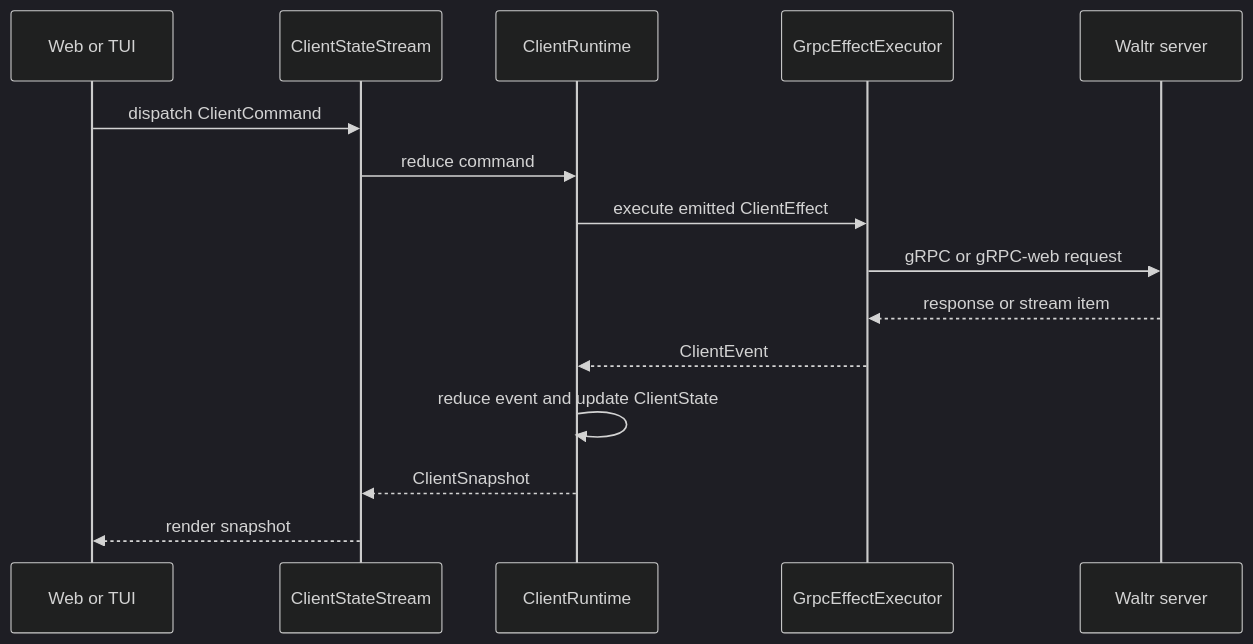
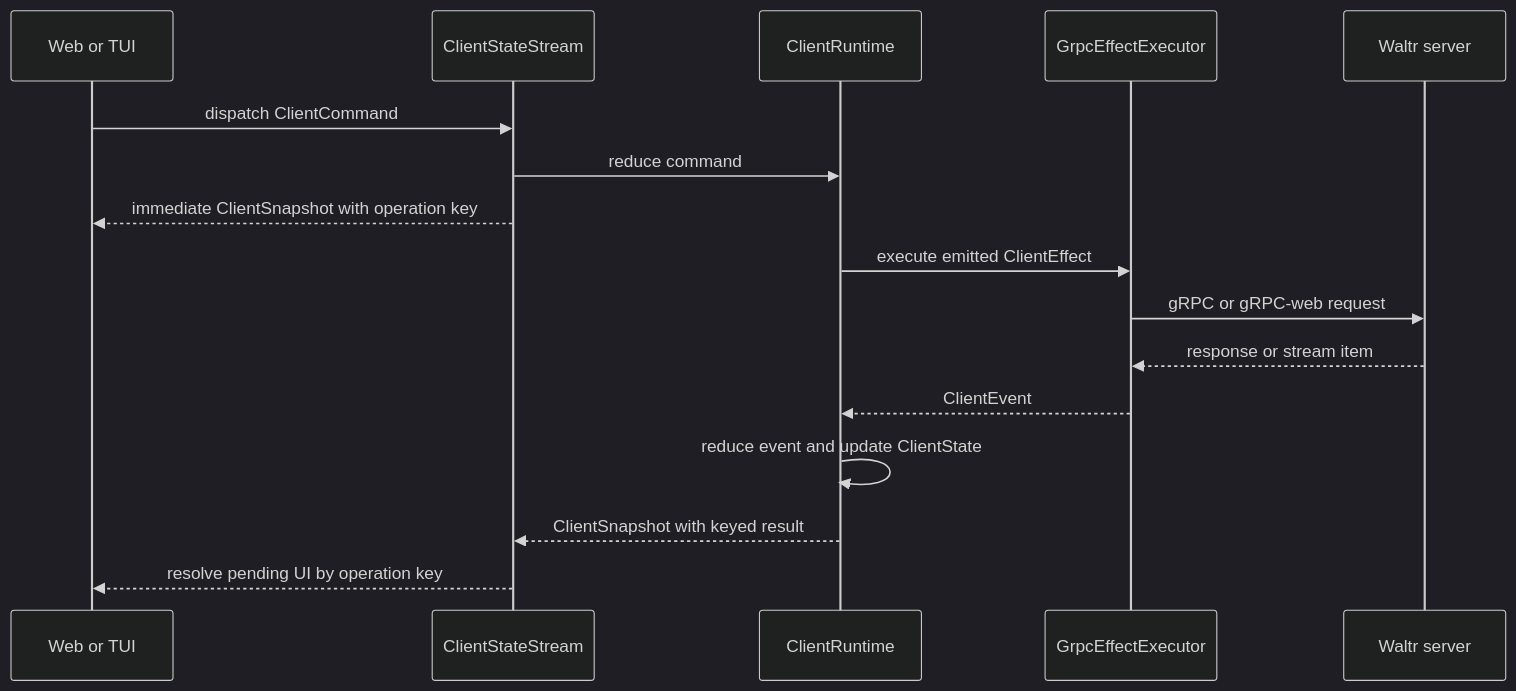
Before and after one commit to rfhold/waltr: the third of 3 diagrams in docs/architecture/clients.md, drawn with Mermaid (dark theme). The commit also changed other lines of this file and 39 other files, not shown here.

Commit message:
feat(client): track command operations by key

````diff
--- a/docs/architecture/clients.md
+++ b/docs/architecture/clients.md
@@ -107,18 +109,19 @@
 ```mermaid
 sequenceDiagram
     participant Shell as Web or TUI
     participant Stream as ClientStateStream
     participant Runtime as ClientRuntime
     participant Executor as GrpcEffectExecutor
     participant Server as Waltr server
 
     Shell->>Stream: dispatch ClientCommand
     Stream->>Runtime: reduce command
+    Stream-->>Shell: immediate ClientSnapshot with operation key
     Runtime->>Executor: execute emitted ClientEffect
     Executor->>Server: gRPC or gRPC-web request
     Server-->>Executor: response or stream item
     Executor-->>Runtime: ClientEvent
     Runtime->>Runtime: reduce event and update ClientState
-    Runtime-->>Stream: ClientSnapshot
-    Stream-->>Shell: render snapshot
+    Runtime-->>Stream: ClientSnapshot with keyed result
+    Stream-->>Shell: resolve pending UI by operation key
 ```
````
